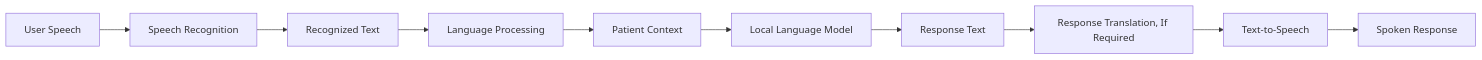
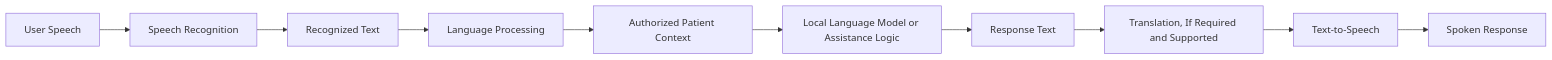
One commit to PRITAMADAK11052004/SMARAN_Asymptotics_SIH26003 changed the second of 5 diagrams in README.md. Above: the diagram before and after it, drawn with Mermaid. The commit also changed other lines of this file, not shown here.

````diff
--- a/README.md
+++ b/README.md
@@ -324,12 +308,12 @@
 ```mermaid
 flowchart LR
-    A["User Speech"] --> B["Speech Recognition"]
-    B --> C["Recognized Text"]
-    C --> D["Language Processing"]
-    D --> E["Patient Context"]
-    E --> F["Local Language Model"]
-    F --> G["Response Text"]
-    G --> H["Response Translation, If Required"]
-    H --> I["Text-to-Speech"]
-    I --> J["Spoken Response"]
+    A[User Speech] --> B[Speech Recognition]
+    B --> C[Recognized Text]
+    C --> D[Language Processing]
+    D --> E[Authorized Patient Context]
+    E --> F[Local Language Model or Assistance Logic]
+    F --> G[Response Text]
+    G --> H[Translation, If Required and Supported]
+    H --> I[Text-to-Speech]
+    I --> J[Spoken Response]
 ```
````
